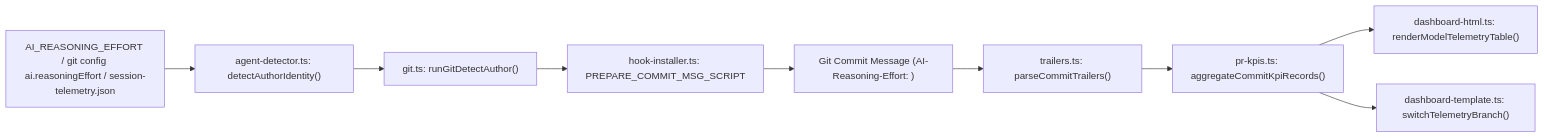
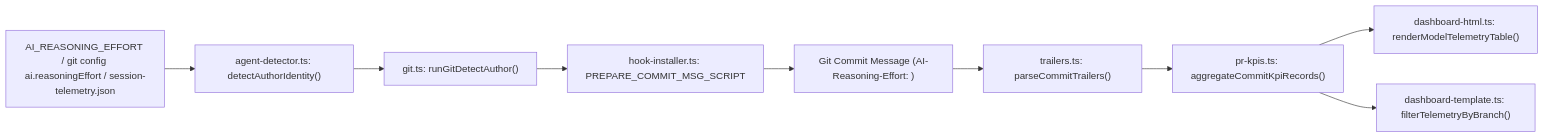
One commit to altromon/AI-SDLC changed the first of 2 diagrams in specs/changes/active/chg-064-reasoning-effort-trailer/design.md. Above: the diagram before and after it, drawn with Mermaid. The commit also changed other lines of this file and 1 other file, not shown here.

````diff
--- a/specs/changes/active/chg-064-reasoning-effort-trailer/design.md
+++ b/specs/changes/active/chg-064-reasoning-effort-trailer/design.md
@@ -71,11 +73,11 @@
 ```mermaid
 flowchart LR
     ENV["AI_REASONING_EFFORT / git config ai.reasoningEffort / session-telemetry.json"] --> AD["agent-detector.ts: detectAuthorIdentity()"]
     AD --> CLI["git.ts: runGitDetectAuthor()"]
     CLI --> HOOK["hook-installer.ts: PREPARE_COMMIT_MSG_SCRIPT"]
     HOOK --> GIT["Git Commit Message (AI-Reasoning-Effort: <level>)"]
     GIT --> TR["trailers.ts: parseCommitTrailers()"]
     TR --> KPI["pr-kpis.ts: aggregateCommitKpiRecords()"]
     KPI --> DASH["dashboard-html.ts: renderModelTelemetryTable()"]
-    KPI --> TPL["dashboard-template.ts: switchTelemetryBranch()"]
+    KPI --> TPL["dashboard-template.ts: filterTelemetryByBranch()"]
 ```
````
